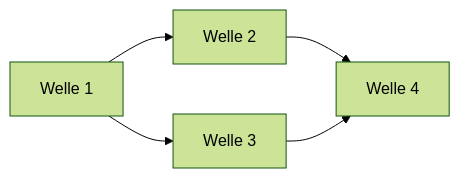
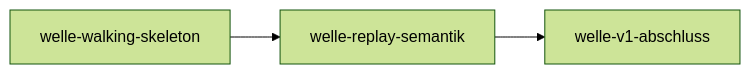
One commit to pt9912/pgwire-recorder changed the diagram in docs/plan/planning/in-progress/roadmap.md. Above: the diagram before and after it, drawn with Mermaid (forest theme). The commit also changed other lines of this file and 20 other files, not shown here.

First line of the commit message:
ADR-0001 bis ADR-0011 und Planung welle-walking-skeleton

````diff
--- a/docs/plan/planning/in-progress/roadmap.md
+++ b/docs/plan/planning/in-progress/roadmap.md
@@ -54,12 +55,9 @@
 ```mermaid
 flowchart LR
-    W1[Welle 1]
-    W2[Welle 2]
-    W3[Welle 3]
-    W4[Welle 4]
-    
+    W1[welle-walking-skeleton]
+    W2[welle-replay-semantik]
+    W3[welle-v1-abschluss]
+
     W1 --> W2
-    W1 --> W3
-    W2 --> W4
-    W3 --> W4
+    W2 --> W3
 ```
````
